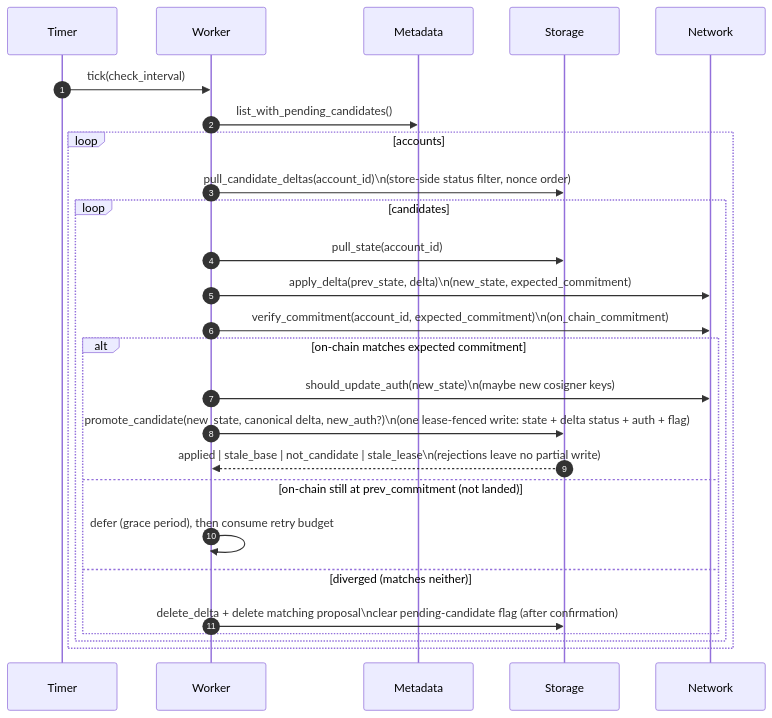
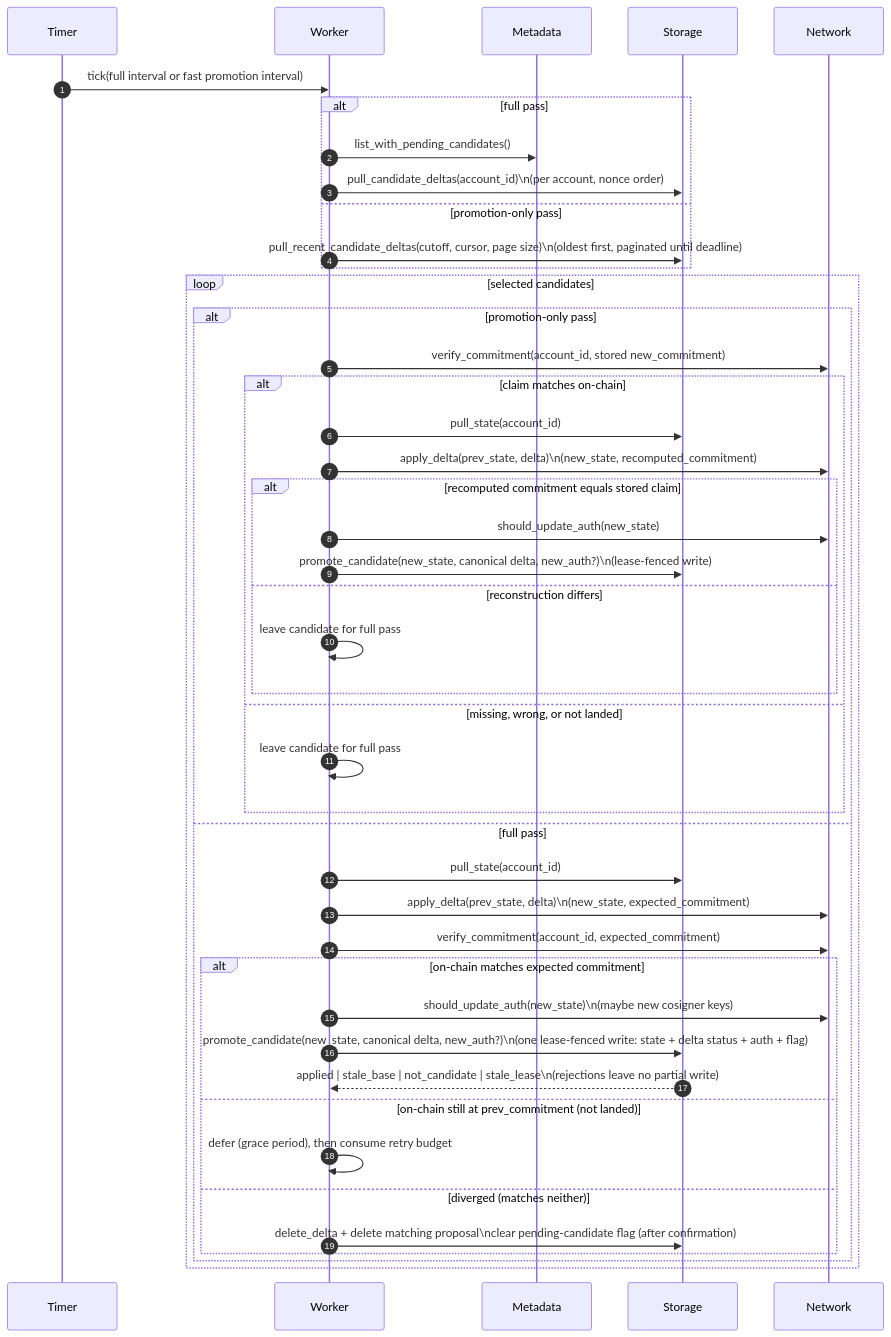
The tenth of 10 diagrams in spec/processes.md (OpenZeppelin/guardian), drawn with Mermaid before and after one commit. The commit also changed other lines of this file and 21 other files, not shown here.

Commit message:
feat: Add fast track canonicalization check for recent candidates

````diff
--- a/spec/processes.md
+++ b/spec/processes.md
@@ -268,28 +287,46 @@
 ```mermaid
 sequenceDiagram
   autonumber
   participant T as Timer
   participant W as Worker
   participant M as Metadata
   participant ST as Storage
   participant N as Network
-  T->>W: tick(check_interval)
-  W->>M: list_with_pending_candidates()
-  loop accounts
-    W->>ST: pull_candidate_deltas(account_id)\n(store-side status filter, nonce order)
-    loop candidates
+  T->>W: tick(full interval or fast promotion interval)
+  alt full pass
+    W->>M: list_with_pending_candidates()
+    W->>ST: pull_candidate_deltas(account_id)\n(per account, nonce order)
+  else promotion-only pass
+    W->>ST: pull_recent_candidate_deltas(cutoff, cursor, page size)\n(oldest first, paginated until deadline)
+  end
+  loop selected candidates
+    alt promotion-only pass
+      W->>N: verify_commitment(account_id, stored new_commitment)
+      alt claim matches on-chain
+        W->>ST: pull_state(account_id)
+        W->>N: apply_delta(prev_state, delta)\n(new_state, recomputed_commitment)
+        alt recomputed commitment equals stored claim
+          W->>N: should_update_auth(new_state)
+          W->>ST: promote_candidate(new_state, canonical delta, new_auth?)\n(lease-fenced write)
+        else reconstruction differs
+          W->>W: leave candidate for full pass
+        end
+      else missing, wrong, or not landed
+        W->>W: leave candidate for full pass
+      end
+    else full pass
       W->>ST: pull_state(account_id)
       W->>N: apply_delta(prev_state, delta)\n(new_state, expected_commitment)
-      W->>N: verify_commitment(account_id, expected_commitment)\n(on_chain_commitment)
+      W->>N: verify_commitment(account_id, expected_commitment)
       alt on-chain matches expected commitment
         W->>N: should_update_auth(new_state)\n(maybe new cosigner keys)
         W->>ST: promote_candidate(new_state, canonical delta, new_auth?)\n(one lease-fenced write: state + delta status + auth + flag)
         ST-->>W: applied | stale_base | not_candidate | stale_lease\n(rejections leave no partial write)
       else on-chain still at prev_commitment (not landed)
         W->>W: defer (grace period), then consume retry budget
       else diverged (matches neither)
         W->>ST: delete_delta + delete matching proposal\nclear pending-candidate flag (after confirmation)
       end
     end
   end
 ```
````
